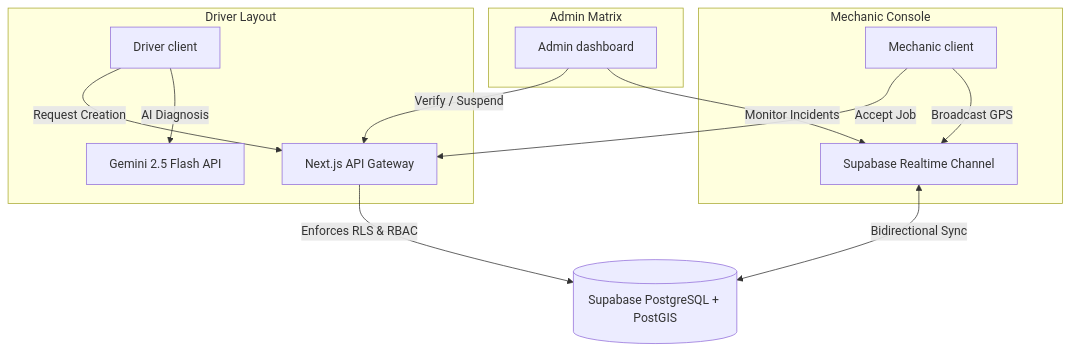
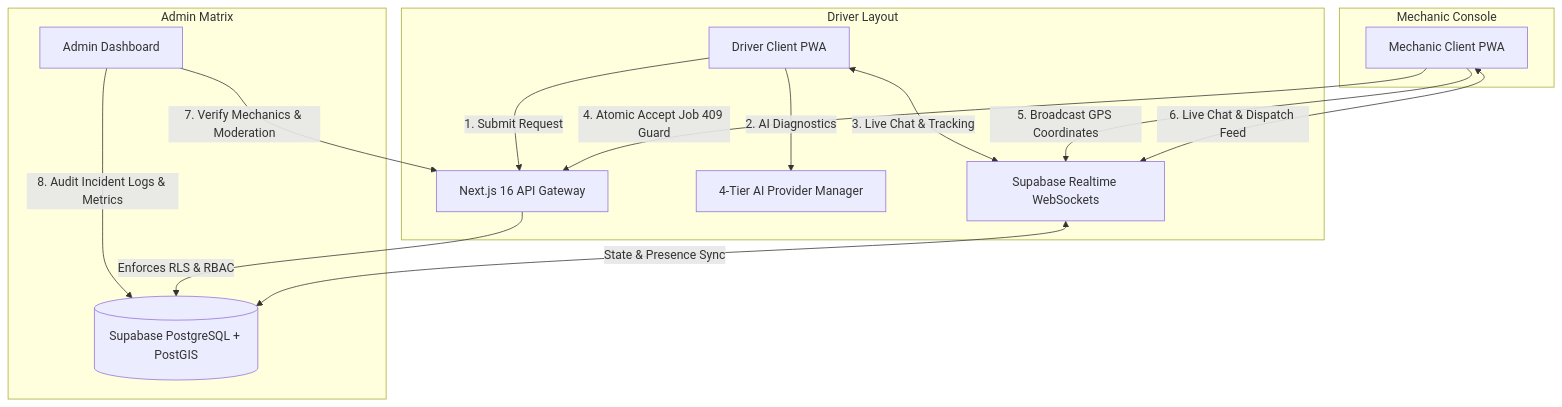
One commit to Handson-A/roadrescue changed the diagram in TECHNICAL_BRIEFCASE.md. Above: the diagram before and after it, drawn with Mermaid. The commit also changed other lines of this file and 48 other files, not shown here.

````diff
--- a/TECHNICAL_BRIEFCASE.md
+++ b/TECHNICAL_BRIEFCASE.md
@@ -22,20 +45,22 @@
 ```mermaid
 graph TD
     subgraph Client System [Driver Layout]
-        D[Driver client] -->|Request Creation| API[Next.js API Gateway]
-        D -->|AI Diagnosis| Gemini[Gemini 2.5 Flash API]
+        D[Driver Client PWA] -->|1. Submit Request| API[Next.js 16 API Gateway]
+        D -->|2. AI Diagnostics| AI[4-Tier AI Provider Manager]
+        D <-->|3. Live Chat & Tracking| RT[Supabase Realtime WebSockets]
     end
     
     subgraph Field Service [Mechanic Console]
-        M[Mechanic client] -->|Accept Job| API
-        M -->|Broadcast GPS| WS[Supabase Realtime Channel]
+        M[Mechanic Client PWA] -->|4. Atomic Accept Job 409 Guard| API
+        M -->|5. Broadcast GPS Coordinates| RT
+        M <-->|6. Live Chat & Dispatch Feed| RT
     end
     
     subgraph Operations Command [Admin Matrix]
-        A[Admin dashboard] -->|Verify / Suspend| API
-        A -->|Monitor Incidents| WS
+        A[Admin Dashboard] -->|7. Verify Mechanics & Moderation| API
+        A -->|8. Audit Incident Logs & Metrics| DB[(Supabase PostgreSQL + PostGIS)]
     end
     
-    API -->|Enforces RLS & RBAC| DB[(Supabase PostgreSQL + PostGIS)]
-    WS <-->|Bidirectional Sync| DB
+    API -->|Enforces RLS & RBAC| DB
+    RT <-->|State & Presence Sync| DB
 ```
````
